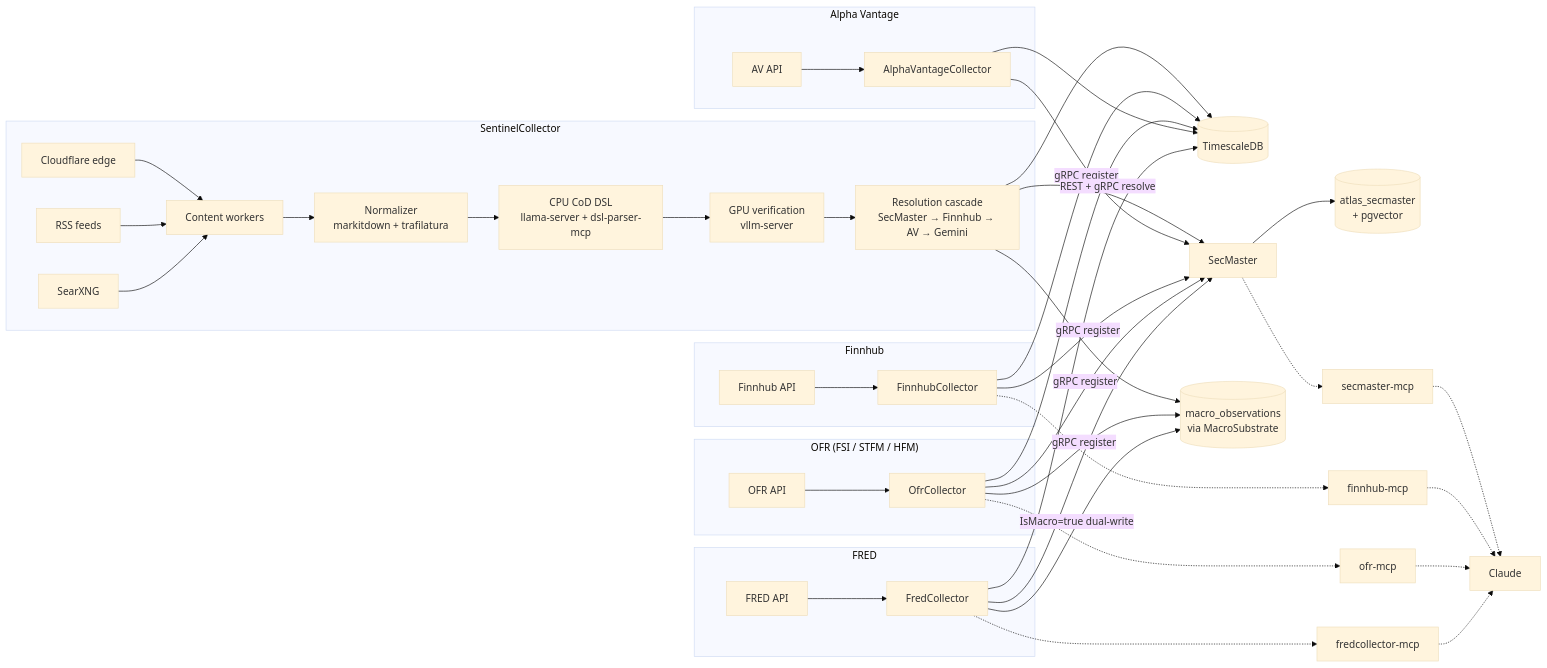
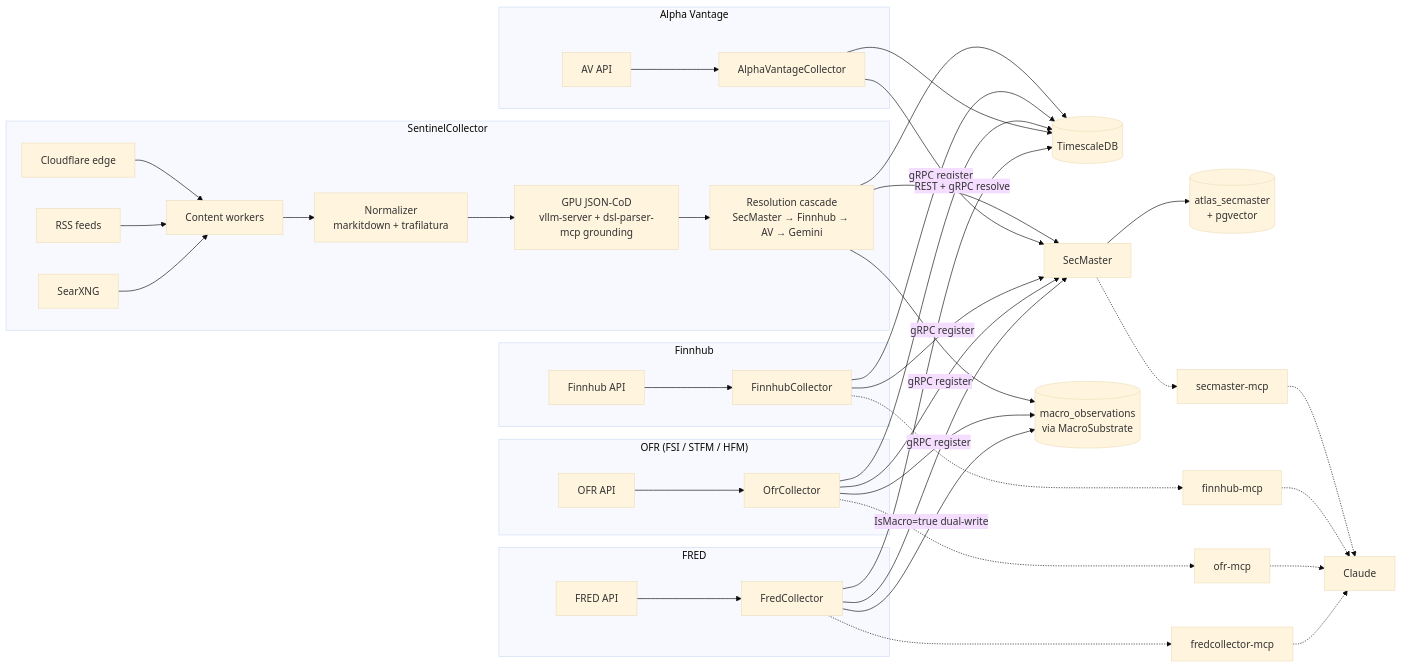
Before and after one commit to jpansarasa/ATLAS-Docs: the third of 5 diagrams in docs/ARCHITECTURE.md, drawn with Mermaid (base theme). The commit also changed other lines of this file and 5 other files, not shown here.

````diff
--- a/docs/ARCHITECTURE.md
+++ b/docs/ARCHITECTURE.md
@@ -281,56 +281,55 @@
 ```mermaid
 flowchart LR
     subgraph FRED["FRED"]
         FA[FRED API] --> FC[FredCollector]
     end
 
     subgraph AV["Alpha Vantage"]
         AVA[AV API] --> AVC[AlphaVantageCollector]
     end
 
     subgraph OFR["OFR (FSI / STFM / HFM)"]
         OA[OFR API] --> OC[OfrCollector]
     end
 
     subgraph Finnhub["Finnhub"]
         FHA[Finnhub API] --> FHC[FinnhubCollector]
     end
 
     subgraph Sentinel["SentinelCollector"]
         SX[SearXNG]
         RSS[RSS feeds]
         EW[Cloudflare edge]
         SX & RSS & EW --> SCNT[Content workers]
         SCNT --> NZ[Normalizer<br/>markitdown + trafilatura]
-        NZ --> CODX[CPU CoD DSL<br/>llama-server + dsl-parser-mcp]
-        CODX --> VRF[GPU verification<br/>vllm-server]
-        VRF --> RES[Resolution cascade<br/>SecMaster → Finnhub → AV → Gemini]
+        NZ --> CODX[GPU JSON-CoD<br/>vllm-server + dsl-parser-mcp grounding]
+        CODX --> RES[Resolution cascade<br/>SecMaster → Finnhub → AV → Gemini]
     end
 
     FC --> DB[(TimescaleDB)]
     AVC --> DB
     OC --> DB
     FHC --> DB
     RES --> DB
 
     FC -->|gRPC register| SM[SecMaster]
     OC -->|gRPC register| SM
     FHC -->|gRPC register| SM
     AVC -->|gRPC register| SM
     RES -->|REST + gRPC resolve| SM
     SM --> PG[(atlas_secmaster<br/>+ pgvector)]
 
     FC -->|IsMacro=true dual-write| MS[(macro_observations<br/>via MacroSubstrate)]
     OC --> MS
     RES --> MS
 
     FC -.-> FM[fredcollector-mcp]
     OC -.-> OM[ofr-mcp]
     FHC -.-> FHM[finnhub-mcp]
     SM -.-> SMM[secmaster-mcp]
 
     FM -.-> C[Claude]
     OM -.-> C
     FHM -.-> C
     SMM -.-> C
 ```
````
